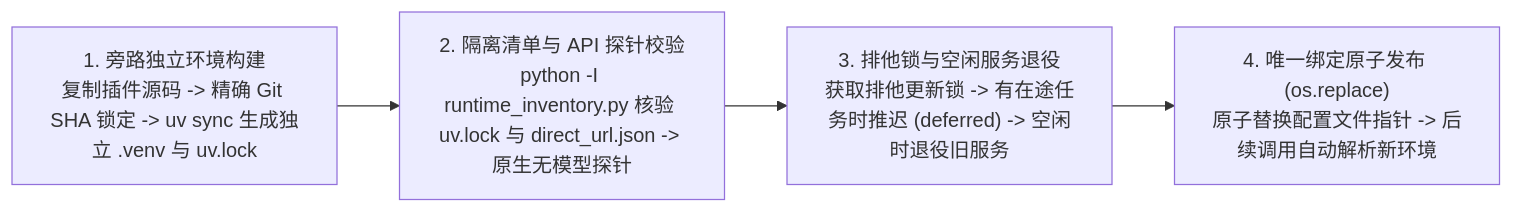
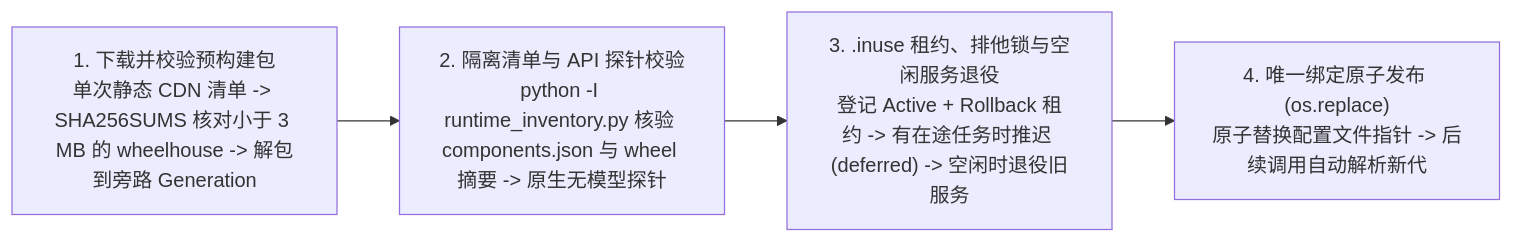
One commit to mindie-agent/mindie-agent changed the diagram in docs/release-compatibility-and-update.md. Above: the diagram before and after it, drawn with Mermaid. The commit also changed other lines of this file and 22 other files, not shown here.

````diff
--- a/docs/release-compatibility-and-update.md
+++ b/docs/release-compatibility-and-update.md
@@ -181,6 +185,6 @@
 ```mermaid
 flowchart LR
-    P["1. 旁路独立环境构建<br/>复制插件源码 -> 精确 Git SHA 锁定 -> uv sync 生成独立 .venv 与 uv.lock"] --> V["2. 隔离清单与 API 探针校验<br/>python -I runtime_inventory.py 核验 uv.lock 与 direct_url.json -> 原生无模型探针"]
-    V --> W["3. 排他锁与空闲服务退役<br/>获取排他更新锁 -> 有在途任务时推迟 (deferred) -> 空闲时退役旧服务"]
-    W --> S["4. 唯一绑定原子发布 (os.replace)<br/>原子替换配置文件指针 -> 后续调用自动解析新环境"]
+    P["1. 下载并校验预构建包<br/>单次静态 CDN 清单 -> SHA256SUMS 核对小于 3 MB 的 wheelhouse -> 解包到旁路 Generation"] --> V["2. 隔离清单与 API 探针校验<br/>python -I runtime_inventory.py 核验 components.json 与 wheel 摘要 -> 原生无模型探针"]
+    V --> W["3. .inuse 租约、排他锁与空闲服务退役<br/>登记 Active + Rollback 租约 -> 有在途任务时推迟 (deferred) -> 空闲时退役旧服务"]
+    W --> S["4. 唯一绑定原子发布 (os.replace)<br/>原子替换配置文件指针 -> 后续调用自动解析新代"]
 ```
````
